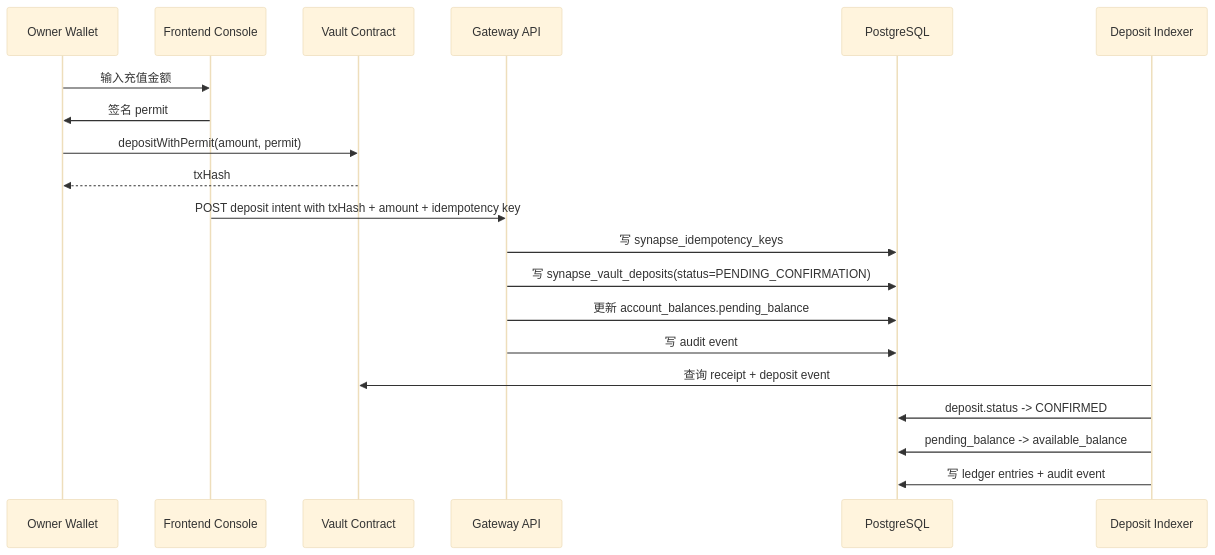
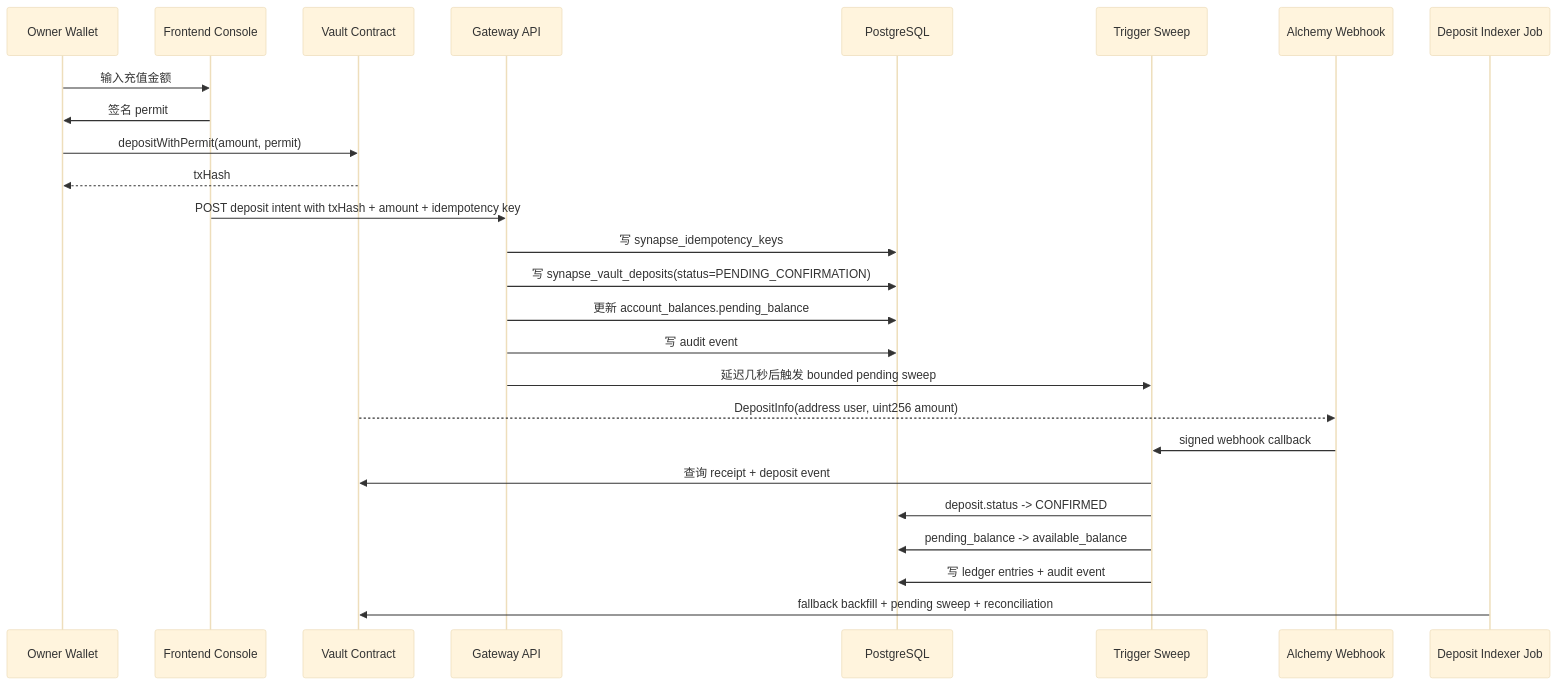
The first of 2 diagrams in docs/architecture/workflows/01_Deposit_and_Idempotency.md (SynapseNetworkAI/Synapse-Network), drawn with Mermaid (base theme) before and after one commit. The commit also changed other lines of this file and 22 other files, not shown here.

Commit message:
Add deposit webhook runtime and staging runbooks

````diff
--- a/docs/architecture/workflows/01_Deposit_and_Idempotency.md
+++ b/docs/architecture/workflows/01_Deposit_and_Idempotency.md
@@ -58,23 +58,29 @@
 ```mermaid
 sequenceDiagram
     participant O as Owner Wallet
     participant F as Frontend Console
     participant V as Vault Contract
     participant G as Gateway API
     participant DB as PostgreSQL
-    participant I as Deposit Indexer
+    participant T as Trigger Sweep
+    participant W as Alchemy Webhook
+    participant I as Deposit Indexer Job
 
     O->>F: 输入充值金额
     F->>O: 签名 permit
     O->>V: depositWithPermit(amount, permit)
     V-->>O: txHash
     F->>G: POST deposit intent with txHash + amount + idempotency key
     G->>DB: 写 synapse_idempotency_keys
     G->>DB: 写 synapse_vault_deposits(status=PENDING_CONFIRMATION)
     G->>DB: 更新 account_balances.pending_balance
     G->>DB: 写 audit event
-    I->>V: 查询 receipt + deposit event
-    I->>DB: deposit.status -> CONFIRMED
-    I->>DB: pending_balance -> available_balance
-    I->>DB: 写 ledger entries + audit event
+    G->>T: 延迟几秒后触发 bounded pending sweep
+    V-->>W: DepositInfo(address user, uint256 amount)
+    W->>T: signed webhook callback
+    T->>V: 查询 receipt + deposit event
+    T->>DB: deposit.status -> CONFIRMED
+    T->>DB: pending_balance -> available_balance
+    T->>DB: 写 ledger entries + audit event
+    I->>V: fallback backfill + pending sweep + reconciliation
 ```
````
